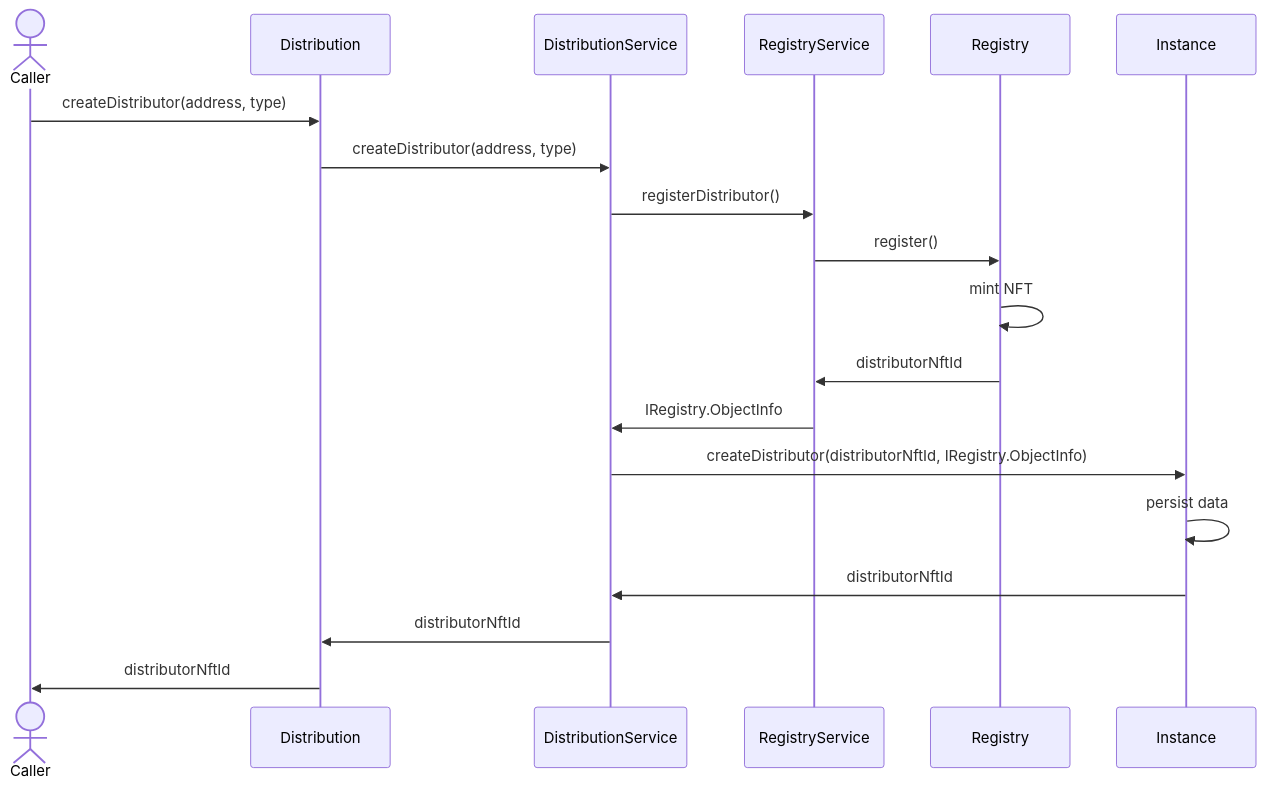
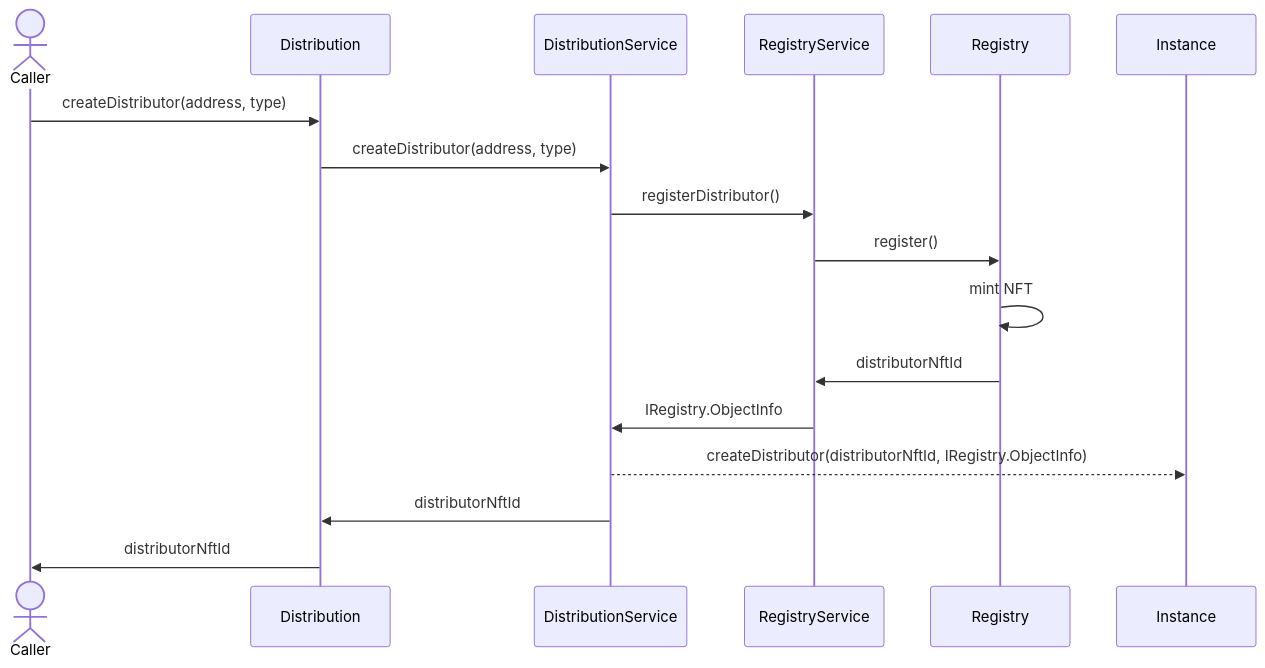
One commit to etherisc/gif-next changed the second of 5 diagrams in docs_manual/distribution.md. Above: the diagram before and after it, drawn with Mermaid. The commit also changed other lines of this file and 1 other file, not shown here.

Commit message:
update sequences (#240)

````diff
--- a/docs_manual/distribution.md
+++ b/docs_manual/distribution.md
@@ -24,22 +22,20 @@
 ```mermaid
 sequenceDiagram
     actor C as Caller
     participant D as Distribution
     participant DS as DistributionService
     participant RS as RegistryService
     participant R as Registry
     participant I as Instance
     
     C ->> D: createDistributor(address, type)
     D ->> DS: createDistributor(address, type)
     DS ->> RS: registerDistributor()
     RS ->> R: register()
     R ->> R: mint NFT
     R ->> RS: distributorNftId
     RS ->> DS: IRegistry.ObjectInfo
-    DS ->> I: createDistributor(distributorNftId, IRegistry.ObjectInfo)
-    I ->> I: persist data
-    I ->> DS: distributorNftId
+    DS -->> I: createDistributor(distributorNftId, IRegistry.ObjectInfo)
     DS ->> D: distributorNftId
     D ->> C: distributorNftId
 ```
````
